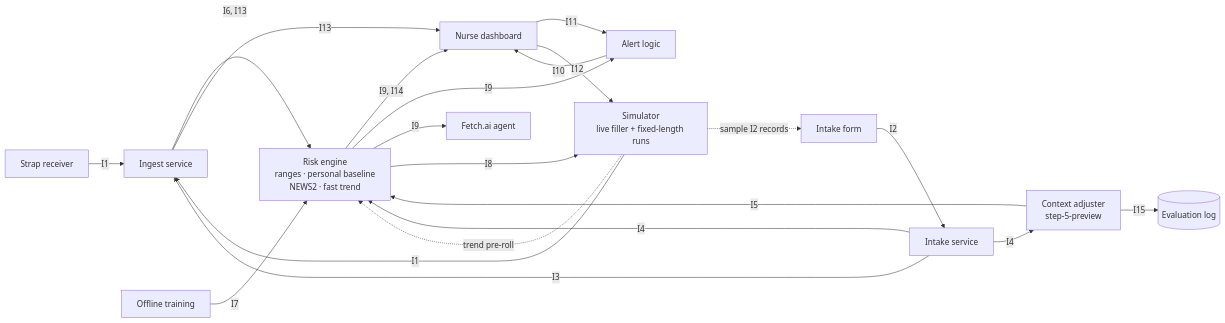
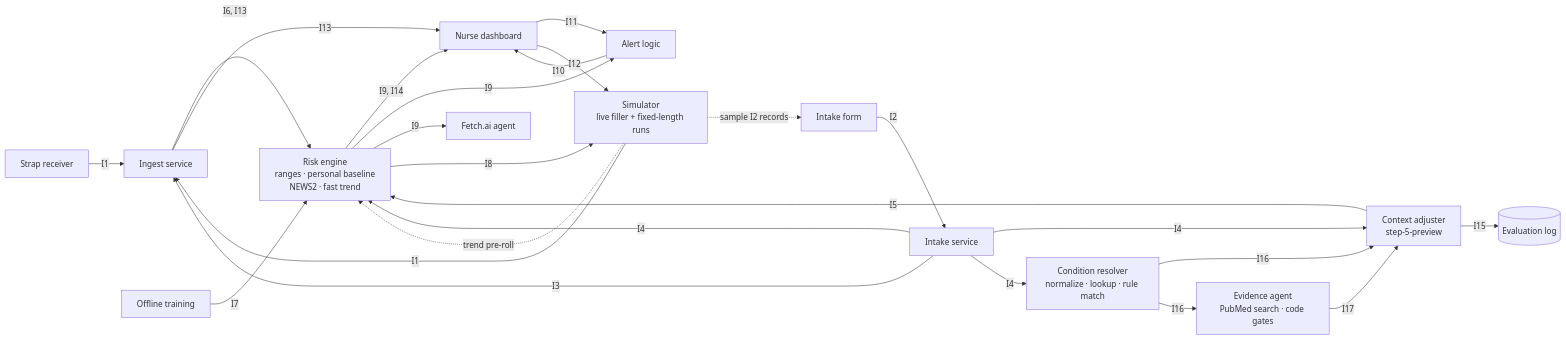
One commit to NateDeMoro/LAHACKS changed the diagram in notes/component-map.md. Above: the diagram before and after it, drawn with Mermaid. The commit also changed other lines of this file and 3 other files, not shown here.

````diff
--- a/notes/component-map.md
+++ b/notes/component-map.md
@@ -11,23 +11,27 @@
 ```mermaid
 flowchart LR
   RX[Strap receiver] -- I1 --> ING[Ingest service]
   SIM[Simulator<br/>live filler + fixed-length runs] -- I1 --> ING
   SIM -. sample I2 records .-> FORM
   FORM[Intake form] -- I2 --> INT[Intake service]
   INT -- I3 --> ING
   INT -- I4 --> ADJ[Context adjuster<br/>step-5-preview]
   INT -- I4 --> RE
   ADJ -- I5 --> RE
   ADJ -- I15 --> LOG[(Evaluation log)]
+  INT -- I4 --> RES[Condition resolver<br/>normalize · lookup · rule match]
+  RES -- I16 --> ADJ
+  RES -- I16 --> EVI[Evidence agent<br/>PubMed search · code gates]
+  EVI -- I17 --> ADJ
   ING -- I6, I13 --> RE[Risk engine<br/>ranges · personal baseline<br/>NEWS2 · fast trend]
   TRAIN[Offline training] -- I7 --> RE
   ING -- I13 --> DASH[Nurse dashboard]
   RE -- I9, I14 --> DASH
   RE -- I9 --> AL[Alert logic]
   RE -- I9 --> FA[Fetch.ai agent]
   RE -- I8 --> SIM
   SIM -. trend pre-roll .-> RE
   AL -- I10 --> DASH
   DASH -- I11 --> AL
   DASH -- I12 --> SIM
 ```
````
